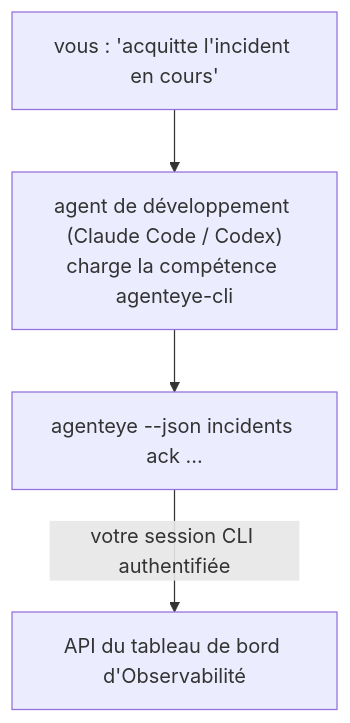
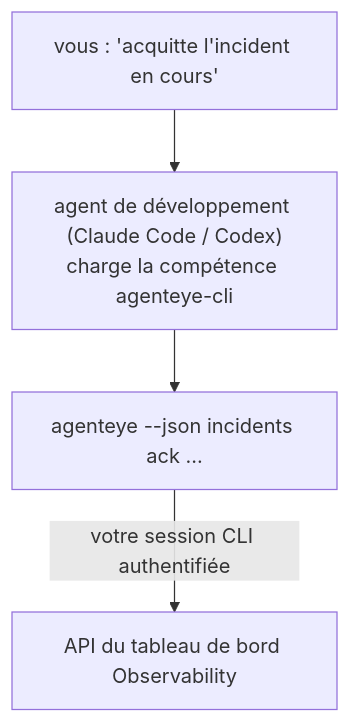
The diagram in docs/fr/agenteye/cli-skill.mdx (FailproofAI/failproofai), drawn with Mermaid before and after one commit. The commit also changed other lines of this file and 649 other files, not shown here.

````diff
--- a/docs/fr/agenteye/cli-skill.mdx
+++ b/docs/fr/agenteye/cli-skill.mdx
@@ -28,6 +28,6 @@
 ```mermaid
 flowchart TD
     YOU["vous : 'acquitte l'incident en cours'"] --> AGENT["agent de développement (Claude Code / Codex)<br/>charge la compétence agenteye-cli"]
     AGENT --> CLI["agenteye --json incidents ack ..."]
-    CLI -->|votre session CLI authentifiée| API["API du tableau de bord d'Observabilité"]
+    CLI -->|votre session CLI authentifiée| API["API du tableau de bord Observability"]
 ```
````
